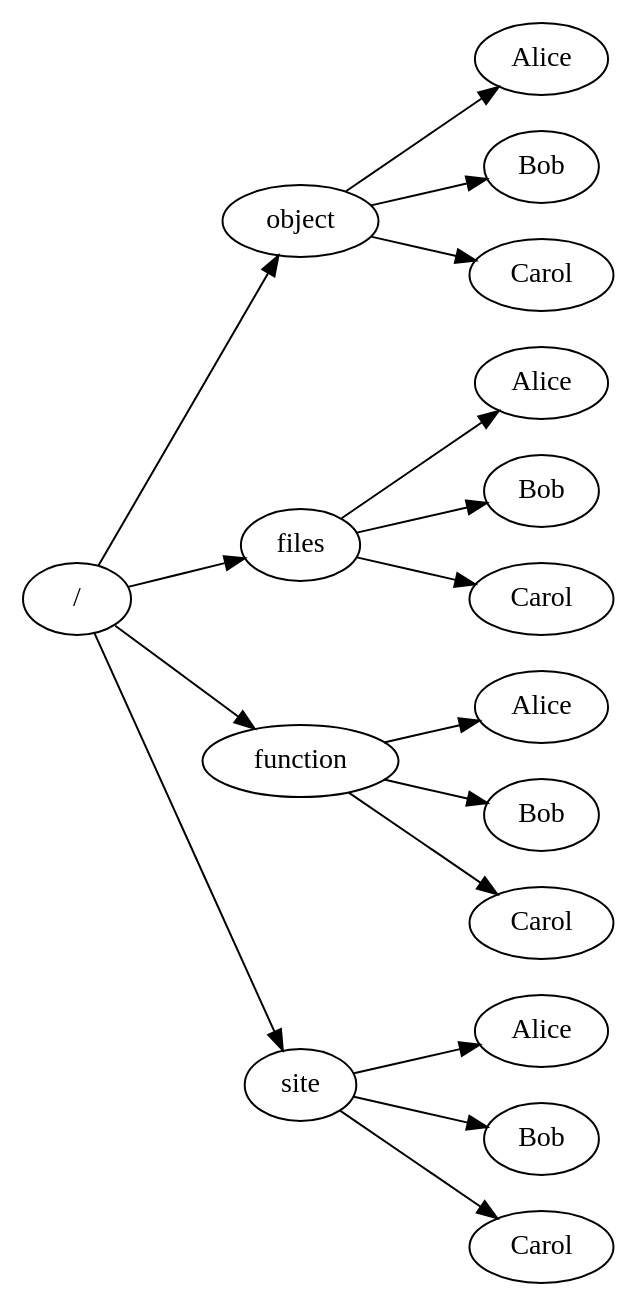
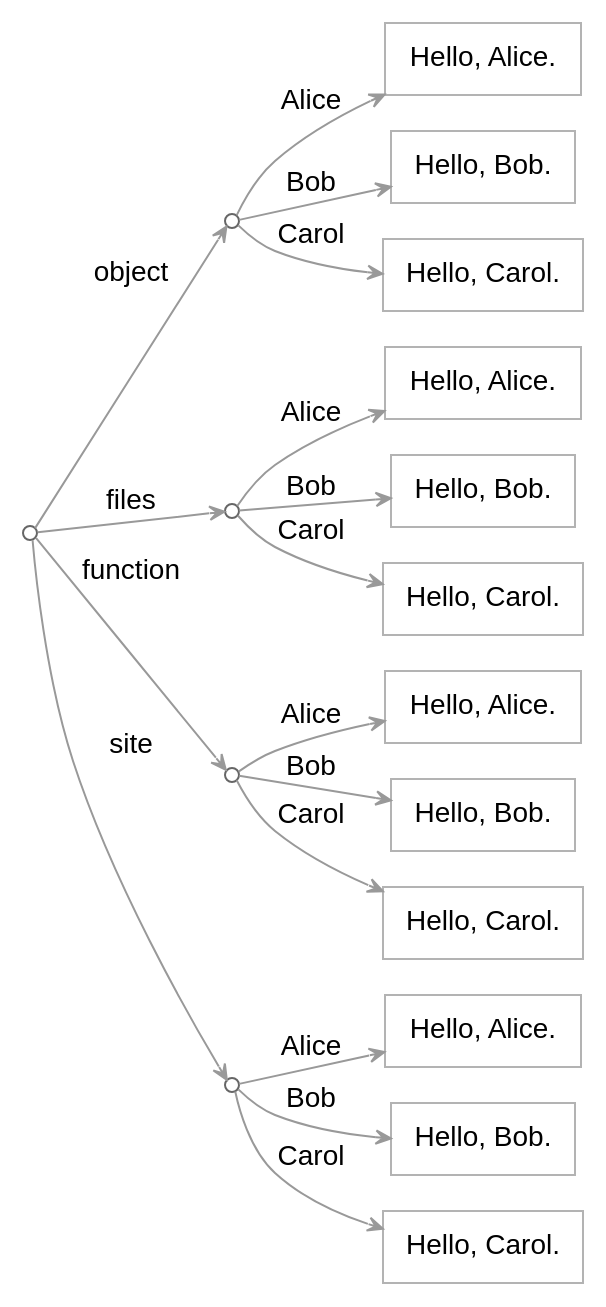
Before and after one commit to ExplorableGraph/videos: the diagram in unifying/3-class/all.dot, drawn with Graphviz. The commit also changed 2 other files, not shown here.

Commit message:
Update graph visualization

```diff
--- a/unifying/3-class/all.dot
+++ b/unifying/3-class/all.dot
@@ -1,36 +1,39 @@
 digraph g {
   rankdir=LR;
-  "" [label="/"];
-  "" -> "/object";
-  "/object" [label="object"];
-  "/object" -> "/object/Alice";
-  "/object/Alice" [label="Alice"];
-  "/object" -> "/object/Bob";
-  "/object/Bob" [label="Bob"];
-  "/object" -> "/object/Carol";
-  "/object/Carol" [label="Carol"];
-  "" -> "/files";
-  "/files" [label="files"];
-  "/files" -> "/files/Alice";
-  "/files/Alice" [label="Alice"];
-  "/files" -> "/files/Bob";
-  "/files/Bob" [label="Bob"];
-  "/files" -> "/files/Carol";
-  "/files/Carol" [label="Carol"];
-  "" -> "/function";
-  "/function" [label="function"];
-  "/function" -> "/function/Alice";
-  "/function/Alice" [label="Alice"];
-  "/function" -> "/function/Bob";
-  "/function/Bob" [label="Bob"];
-  "/function" -> "/function/Carol";
-  "/function/Carol" [label="Carol"];
-  "" -> "/site";
-  "/site" [label="site"];
-  "/site" -> "/site/Alice";
-  "/site/Alice" [label="Alice"];
-  "/site" -> "/site/Bob";
-  "/site/Bob" [label="Bob"];
-  "/site" -> "/site/Carol";
-  "/site/Carol" [label="Carol"];
+  node [shape=box; color=gray70; fontname="Helvetica"];
+  edge [arrowhead=vee; arrowsize=0.75; color=gray60; fontname="Helvetica"];
+
+  "" [label=""; shape=circle; width=0.10; color=gray40];
+  "" -> "/object" [label="object"];
+  "/object" [label=""; shape=circle; width=0.10; color=gray40];
+  "/object" -> "/object/Alice" [label="Alice"];
+  "/object/Alice" [label="Hello, Alice."];
+  "/object" -> "/object/Bob" [label="Bob"];
+  "/object/Bob" [label="Hello, Bob."];
+  "/object" -> "/object/Carol" [label="Carol"];
+  "/object/Carol" [label="Hello, Carol."];
+  "" -> "/files" [label="files"];
+  "/files" [label=""; shape=circle; width=0.10; color=gray40];
+  "/files" -> "/files/Alice" [label="Alice"];
+  "/files/Alice" [label="Hello, Alice."];
+  "/files" -> "/files/Bob" [label="Bob"];
+  "/files/Bob" [label="Hello, Bob."];
+  "/files" -> "/files/Carol" [label="Carol"];
+  "/files/Carol" [label="Hello, Carol."];
+  "" -> "/function" [label="function"];
+  "/function" [label=""; shape=circle; width=0.10; color=gray40];
+  "/function" -> "/function/Alice" [label="Alice"];
+  "/function/Alice" [label="Hello, Alice."];
+  "/function" -> "/function/Bob" [label="Bob"];
+  "/function/Bob" [label="Hello, Bob."];
+  "/function" -> "/function/Carol" [label="Carol"];
+  "/function/Carol" [label="Hello, Carol."];
+  "" -> "/site" [label="site"];
+  "/site" [label=""; shape=circle; width=0.10; color=gray40];
+  "/site" -> "/site/Alice" [label="Alice"];
+  "/site/Alice" [label="Hello, Alice."];
+  "/site" -> "/site/Bob" [label="Bob"];
+  "/site/Bob" [label="Hello, Bob."];
+  "/site" -> "/site/Carol" [label="Carol"];
+  "/site/Carol" [label="Hello, Carol."];
 }
```
